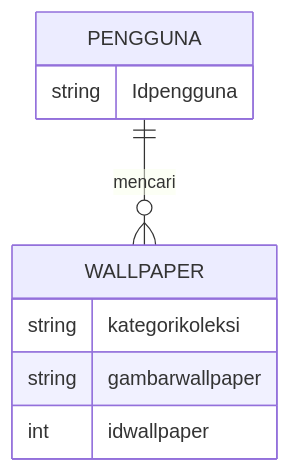
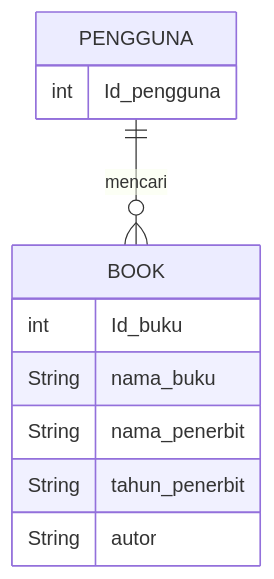
The diagram in README.md (idhahamidaturrosadi19/App-web), drawn with Mermaid before and after one commit.

````diff
--- a/README.md
+++ b/README.md
@@ -73,13 +73,14 @@
 ```mermaid
 erDiagram
-    PENGGUNA ||--o{ WALLPAPER : mencari
+    PENGGUNA ||--o{BOOK : mencari
     PENGGUNA {
-        string Idpengguna
+        int Id_pengguna
     }
-    WALLPAPER {
-        string kategorikoleksi
-        string gambarwallpaper
-        int idwallpaper
+    BOOK {
+        int Id_buku
+        String nama_buku
+        String nama_penerbit
+        String tahun_penerbit
+        String autor
          }
-
-```        
+```
````
